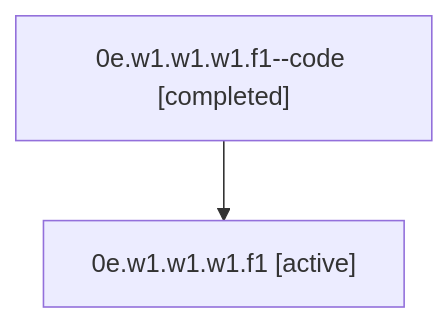
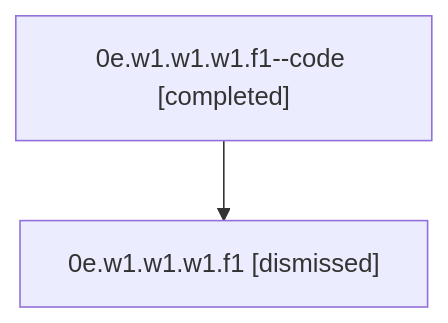
The diagram in sessions/bbugyi200.athena.0e.w1.w1.w1.f1.md (sase-org/sase--agents), drawn with Mermaid before and after one commit. The commit also changed other lines of this file and 49 other files, not shown here.

````diff
--- a/sessions/bbugyi200.athena.0e.w1.w1.w1.f1.md
+++ b/sessions/bbugyi200.athena.0e.w1.w1.w1.f1.md
@@ -9,6 +9,6 @@
 ```mermaid
 flowchart TD
   n0["0e.w1.w1.w1.f1--code [completed]"]
-  n1["0e.w1.w1.w1.f1 [active]"]
+  n1["0e.w1.w1.w1.f1 [dismissed]"]
   n0 --> n1
 ```
````
